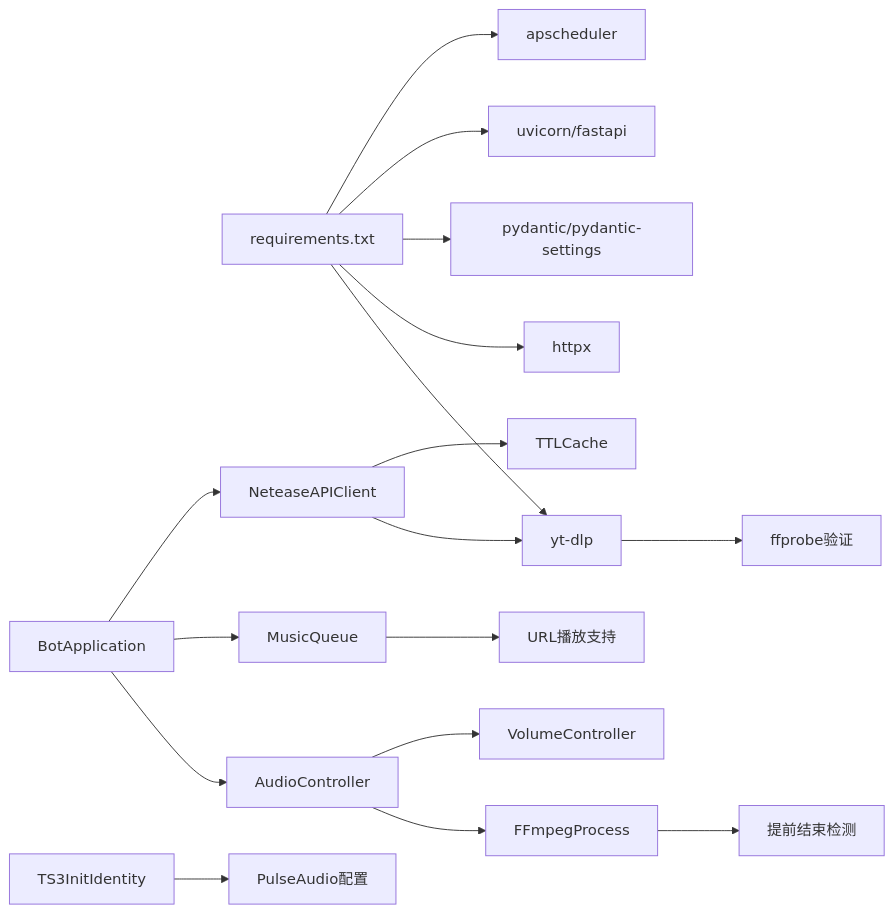
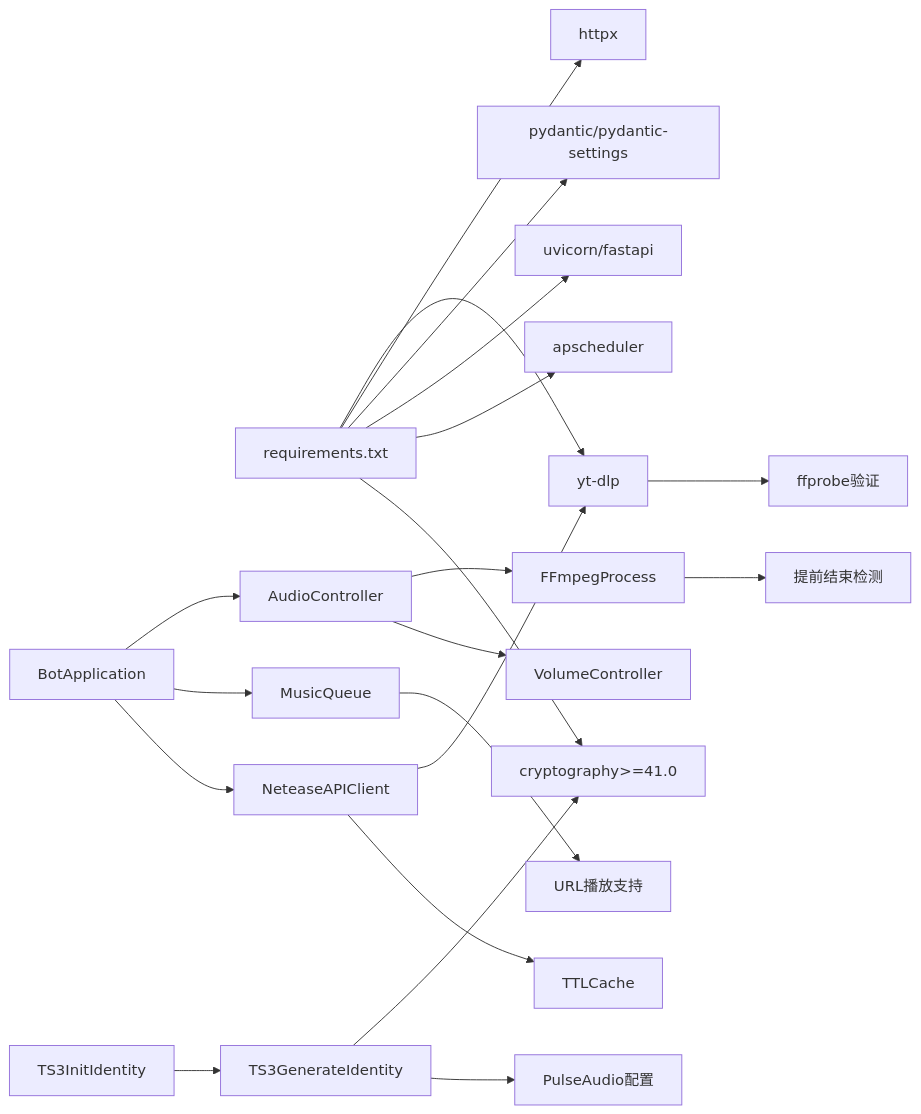
One commit to GhoulOwl/Teamspeak3_Bot changed diagram 11 of 11 in .qoder/repowiki/zh/content/音乐播放系统/音乐播放系统.md. Above: the diagram before and after it, drawn with Mermaid. The commit also changed other lines of this file and 7 other files, not shown here.

````diff
--- a/.qoder/repowiki/zh/content/音乐播放系统/音乐播放系统.md
+++ b/.qoder/repowiki/zh/content/音乐播放系统/音乐播放系统.md
@@ -556,19 +616,22 @@
 ```mermaid
 graph LR
 REQ["requirements.txt"] --> YT["yt-dlp"]
 REQ --> HTTPX["httpx"]
 REQ --> PYD["pydantic/pydantic-settings"]
 REQ --> UV["uvicorn/fastapi"]
 REQ --> APS["apscheduler"]
+REQ --> CRYPTO["cryptography>=41.0"]
 APP["BotApplication"] --> CTRL["AudioController"]
 APP --> QUEUE["MusicQueue"]
 APP --> NET["NeteaseAPIClient"]
 CTRL --> FFMPEG["FFmpegProcess"]
 CTRL --> VOL["VolumeController"]
 NET --> YT
 NET --> CACHE["TTLCache"]
 QUEUE --> URL["URL播放支持"]
 FFMPEG --> PREMATURE["提前结束检测"]
 YT --> FFPROBE["ffprobe验证"]
-TS3INIT["TS3InitIdentity"] --> AUDIOCFG["PulseAudio配置"]
+TS3INIT["TS3InitIdentity"] --> TS3GEN["TS3GenerateIdentity"]
+TS3GEN --> CRYPTO
+TS3GEN --> AUDIOCFG["PulseAudio配置"]
 ```
````
